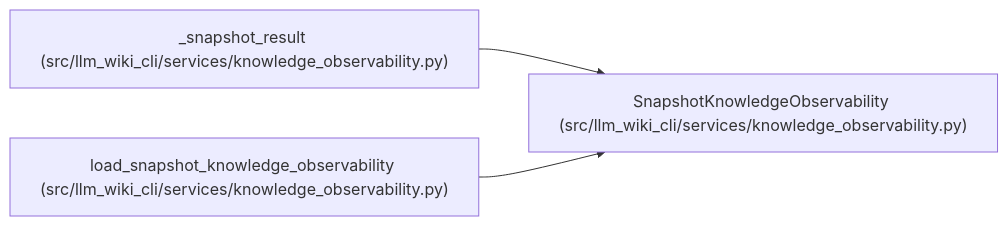
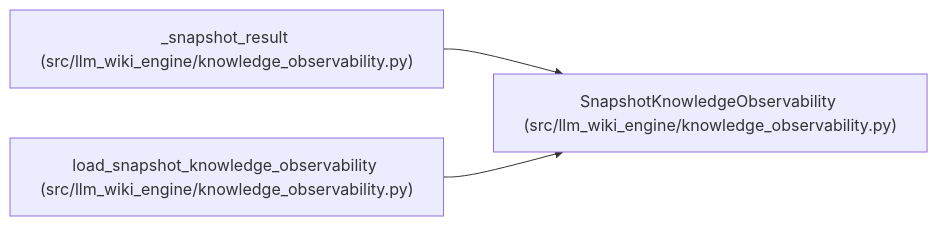
Before and after one commit to Denissvgn/python-wiki-llm: the diagram in docs/llm_wiki/entities/SnapshotKnowledgeObservability.md, drawn with Mermaid. The commit also changed other lines of this file and 1058 other files, not shown here.

First line of the commit message:
docs: refresh the wiki for the knowledge store move

````diff
--- a/docs/llm_wiki/entities/SnapshotKnowledgeObservability.md
+++ b/docs/llm_wiki/entities/SnapshotKnowledgeObservability.md
@@ -28,11 +28,11 @@
 ```mermaid
 flowchart LR
-    n0["SnapshotKnowledgeObservability (src/llm_wiki_cli/services/knowledge_observability.py)"]
-    n1["_snapshot_result (src/llm_wiki_cli/services/knowledge_observability.py)"]
-    n2["load_snapshot_knowledge_observability (src/llm_wiki_cli/services/knowledge_observability.py)"]
+    n0["SnapshotKnowledgeObservability (src/llm_wiki_engine/knowledge_observability.py)"]
+    n1["_snapshot_result (src/llm_wiki_engine/knowledge_observability.py)"]
+    n2["load_snapshot_knowledge_observability (src/llm_wiki_engine/knowledge_observability.py)"]
     n1 --> n0
     n2 --> n0
     click n0 "../modules/knowledge_observability.md"
     click n1 "../modules/knowledge_observability.md"
     click n2 "../modules/knowledge_observability.md"
 ```
````
